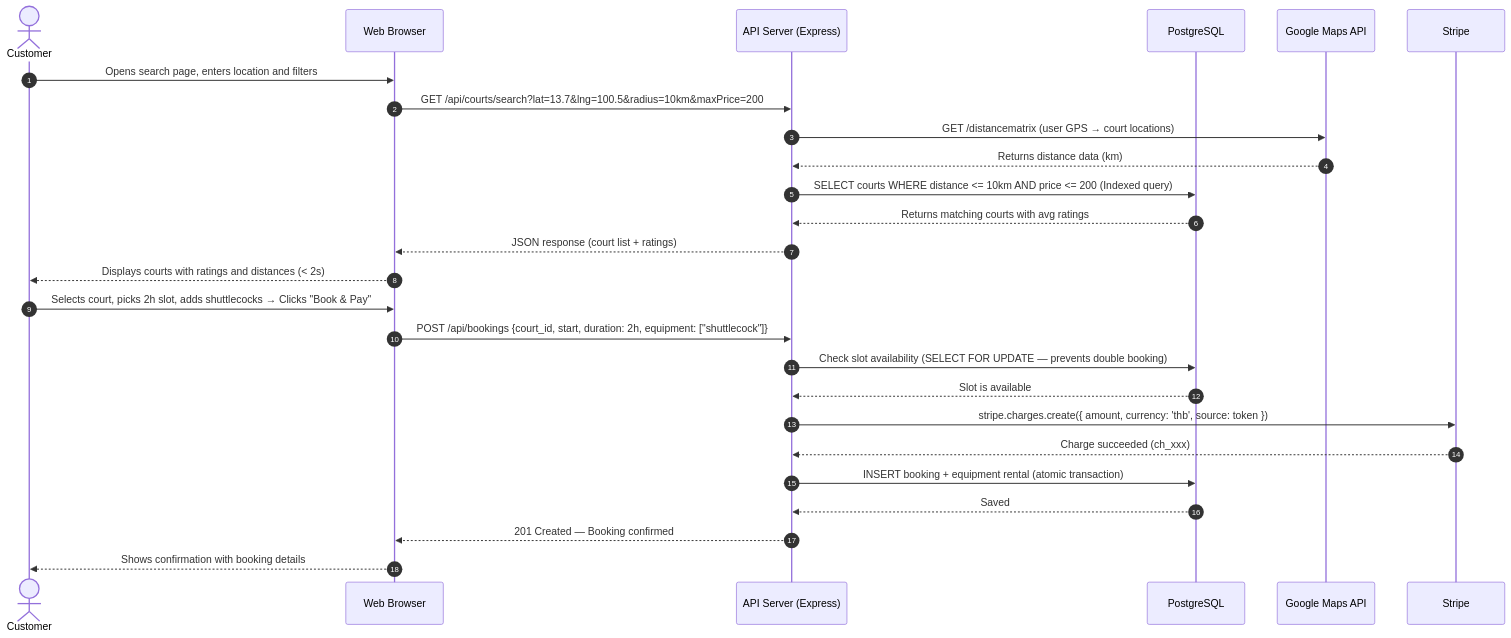
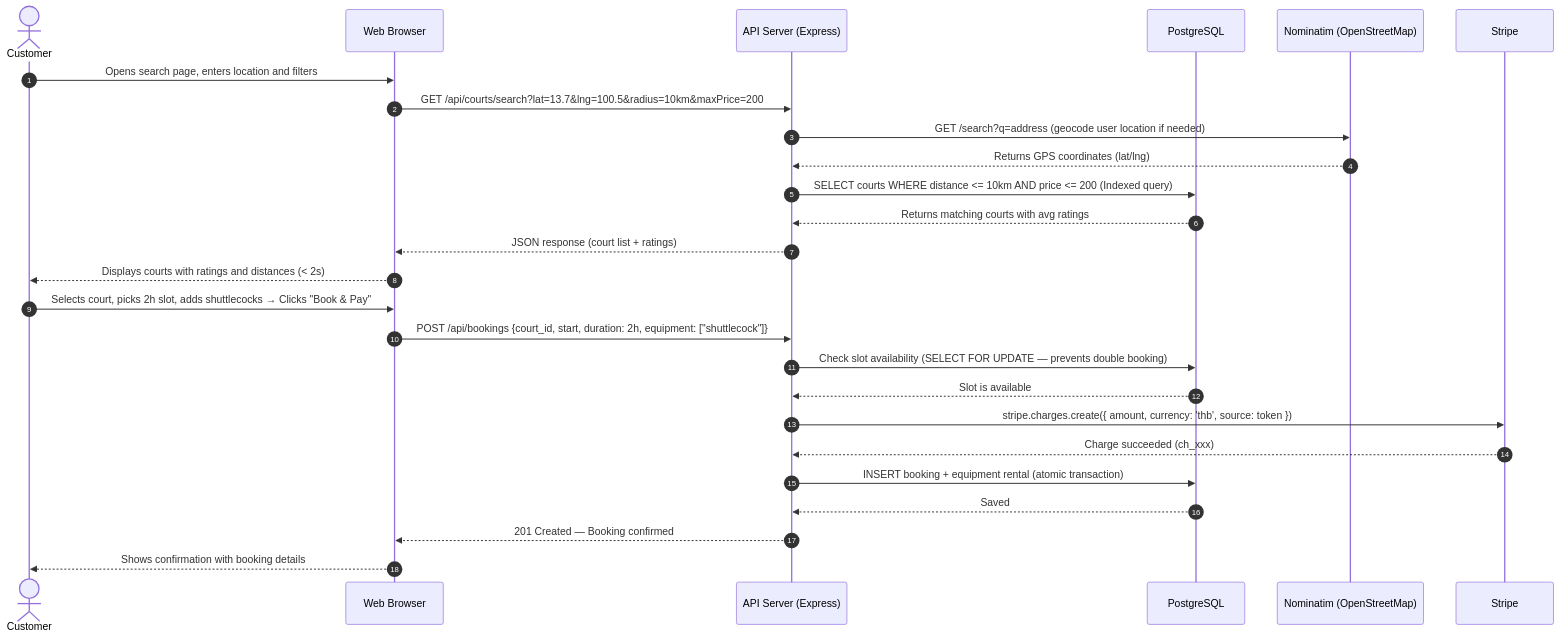
The fifth of 7 diagrams in designs/FolkliyGrunt_D1_Design.md (antnpwr/2025-ITCS383-FolkliyGrunt), drawn with Mermaid before and after one commit. The commit also changed other lines of this file, not shown here.

````diff
--- a/designs/FolkliyGrunt_D1_Design.md
+++ b/designs/FolkliyGrunt_D1_Design.md
@@ -243,30 +249,30 @@
 ```mermaid
 sequenceDiagram
     autonumber
     actor User as Customer
     participant UI as Web Browser
     participant API as API Server (Express)
     participant DB as PostgreSQL
-    participant Map as Google Maps API
+    participant Map as Nominatim (OpenStreetMap)
     participant Pay as Stripe
 
     User->>UI: Opens search page, enters location and filters
     UI->>API: GET /api/courts/search?lat=13.7&lng=100.5&radius=10km&maxPrice=200
-    API->>Map: GET /distancematrix (user GPS → court locations)
-    Map-->>API: Returns distance data (km)
+    API->>Map: GET /search?q=address (geocode user location if needed)
+    Map-->>API: Returns GPS coordinates (lat/lng)
     API->>DB: SELECT courts WHERE distance <= 10km AND price <= 200 (Indexed query)
     DB-->>API: Returns matching courts with avg ratings
     API-->>UI: JSON response (court list + ratings)
     UI-->>User: Displays courts with ratings and distances (< 2s)
 
     User->>UI: Selects court, picks 2h slot, adds shuttlecocks → Clicks "Book & Pay"
     UI->>API: POST /api/bookings {court_id, start, duration: 2h, equipment: ["shuttlecock"]}
     API->>DB: Check slot availability (SELECT FOR UPDATE — prevents double booking)
     DB-->>API: Slot is available
     API->>Pay: stripe.charges.create({ amount, currency: 'thb', source: token })
     Pay-->>API: Charge succeeded (ch_xxx)
     API->>DB: INSERT booking + equipment rental (atomic transaction)
     DB-->>API: Saved
     API-->>UI: 201 Created — Booking confirmed
     UI-->>User: Shows confirmation with booking details
 ```
````
